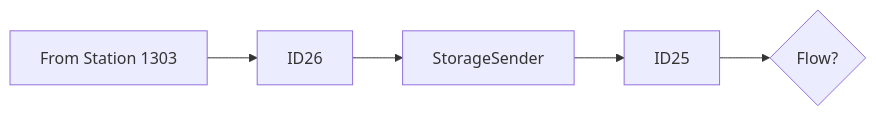
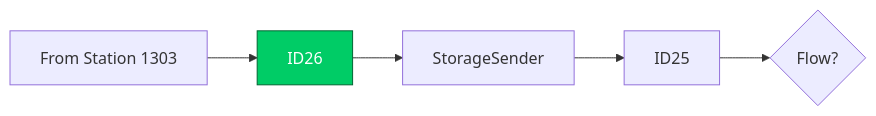
One commit to luthfiadityaa/SimeDarby-Wiki changed the first of 23 diagrams in Basic-Design/DFD-WMS/Retrieval/QC-Setting/QC-Work-from-Retrieval-for-Return-Stock.md. Above: the diagram before and after it, drawn with Mermaid. The commit also changed other lines of this file, not shown here.

Commit message:
Updated QC Work from Retrieval for Return Stock

```diff
--- a/Basic-Design/DFD-WMS/Retrieval/QC-Setting/QC-Work-from-Retrieval-for-Return-Stock.md
+++ b/Basic-Design/DFD-WMS/Retrieval/QC-Setting/QC-Work-from-Retrieval-for-Return-Stock.md
@@ -2,5 +7,8 @@
 ::: mermaid
 flowchart LR
   
 P1[From Station 1303]-->P2[ID26]-->P3[StorageSender]-->P4[ID25]-->Cond1{Flow?} 
+
+click P2 "https://dev.azure.com/Daifuku-SW/ID_SimeDarbyPlantation/_wiki/wikis/ID_SimeDarbyPlantation.wiki/900/Retrieval-for-QC-Start?anchor=id26" "Go to ID26"
+style P2 fill:#00cc66,stroke:#006633,color:#ffffff
 :::
```
